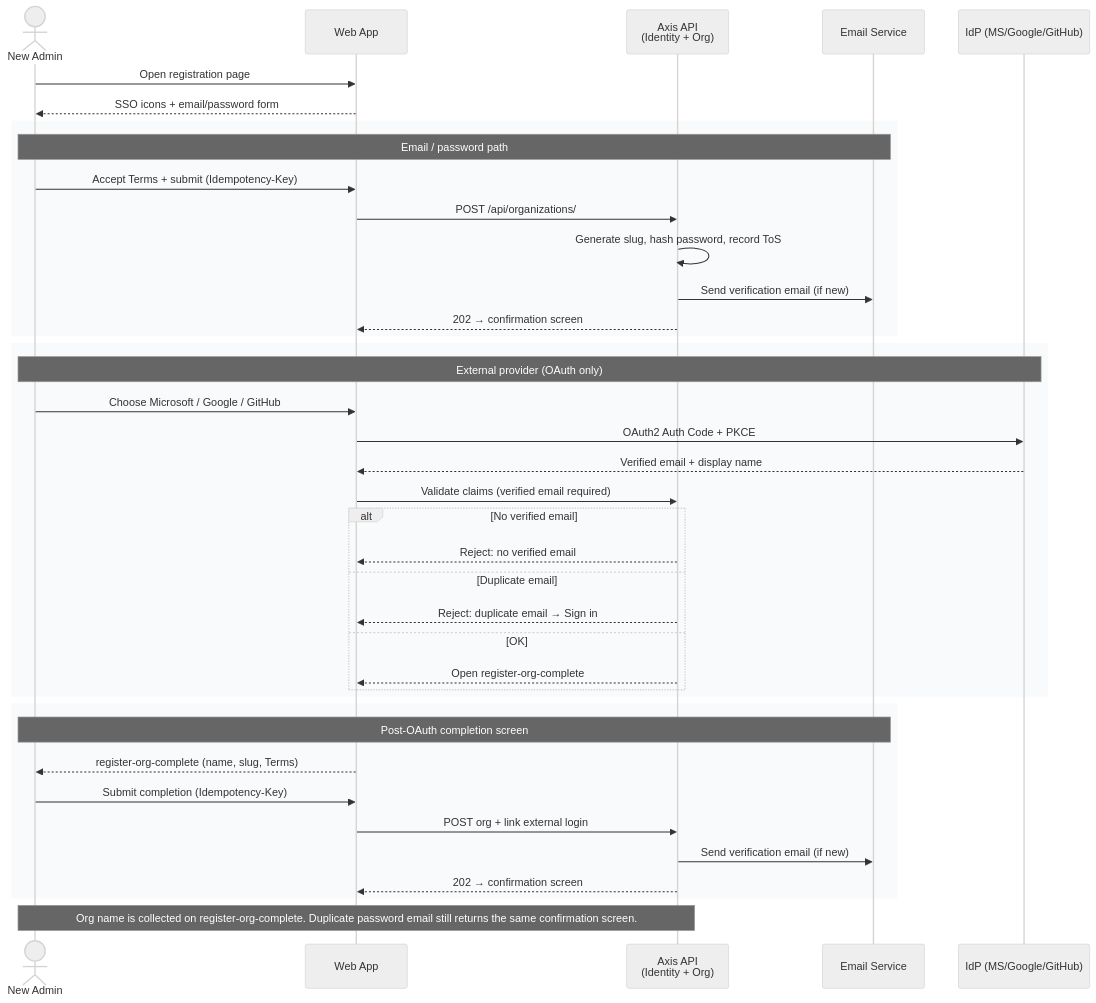
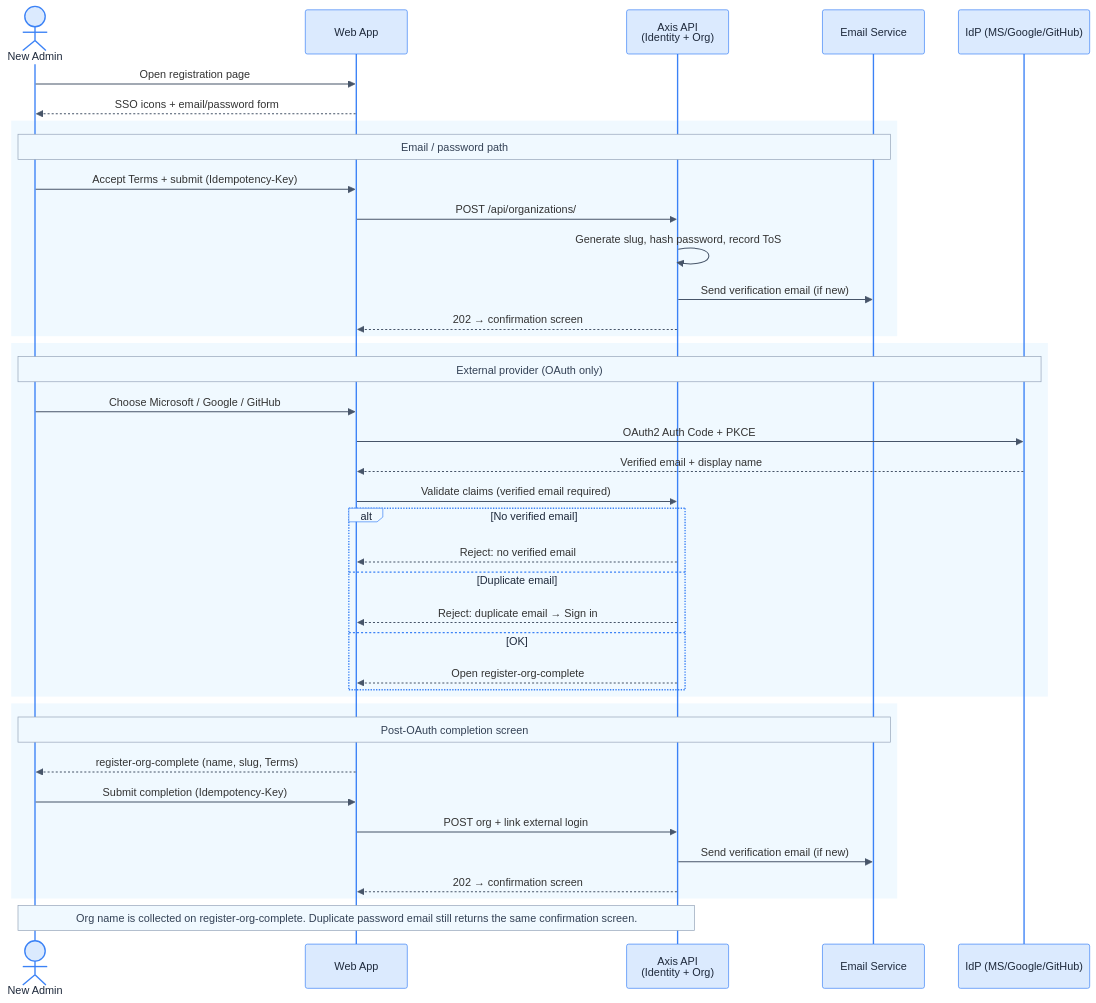
One commit to phuongnse/axis changed the second of 3 diagrams in docs/use-cases/platform-foundation/register-org/README.md. Above: the diagram before and after it, drawn with Mermaid. The commit also changed other lines of this file and 1 other file, not shown here.

Commit message:
docs: align Mermaid theme background with Axis palette (#f8fafc)

````diff
--- a/docs/use-cases/platform-foundation/register-org/README.md
+++ b/docs/use-cases/platform-foundation/register-org/README.md
@@ -162,47 +162,47 @@
 ```mermaid
-%%{init: {'theme': 'neutral'}}%%
+%%{init: {'theme':'base','themeVariables':{'background':'#f8fafc','mainBkg':'#f8fafc','actorBkg':'#dbeafe','actorBorder':'#3b82f6','actorTextColor':'#1e293b','signalColor':'#475569','labelBoxBkgColor':'#f0f9ff','labelBoxBorderColor':'#3b82f6','noteBkgColor':'#f0f9ff','noteBorderColor':'#94a3b8','noteTextColor':'#334155','activationBkgColor':'#e2e8f0','secondaryColor':'#f0f9ff','lineColor':'#475569'}}}%%
 sequenceDiagram
   actor Admin as New Admin
   participant Web as Web App
   participant API as Axis API<br/>(Identity + Org)
   participant Email as Email Service
   participant IdP as IdP (MS/Google/GitHub)
 
   Admin->>Web: Open registration page
   Web-->>Admin: SSO icons + email/password form
 
-  rect rgb(248, 250, 252)
+  rect rgb(240, 249, 255)
     Note over Admin,Email: Email / password path
     Admin->>Web: Accept Terms + submit (Idempotency-Key)
     Web->>API: POST /api/organizations/
     API->>API: Generate slug, hash password, record ToS
     API->>Email: Send verification email (if new)
     API-->>Web: 202 → confirmation screen
   end
 
-  rect rgb(248, 250, 252)
+  rect rgb(240, 249, 255)
     Note over Admin,IdP: External provider (OAuth only)
     Admin->>Web: Choose Microsoft / Google / GitHub
     Web->>IdP: OAuth2 Auth Code + PKCE
     IdP-->>Web: Verified email + display name
     Web->>API: Validate claims (verified email required)
     alt No verified email
       API-->>Web: Reject: no verified email
     else Duplicate email
       API-->>Web: Reject: duplicate email → Sign in
     else OK
       API-->>Web: Open register-org-complete
     end
   end
 
-  rect rgb(248, 250, 252)
+  rect rgb(240, 249, 255)
     Note over Admin,Email: Post-OAuth completion screen
     Web-->>Admin: register-org-complete (name, slug, Terms)
     Admin->>Web: Submit completion (Idempotency-Key)
     Web->>API: POST org + link external login
     API->>Email: Send verification email (if new)
     API-->>Web: 202 → confirmation screen
   end
 
   Note over Admin,API: Org name is collected on register-org-complete. Duplicate password email still returns the same confirmation screen.
 ```
````
